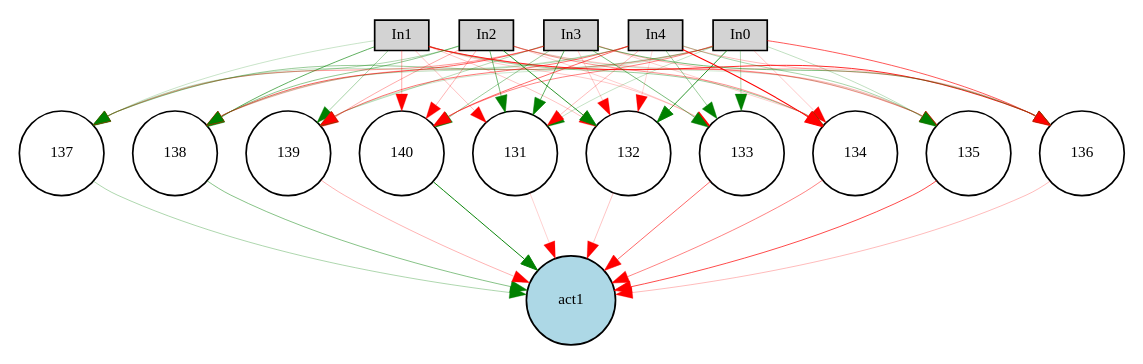
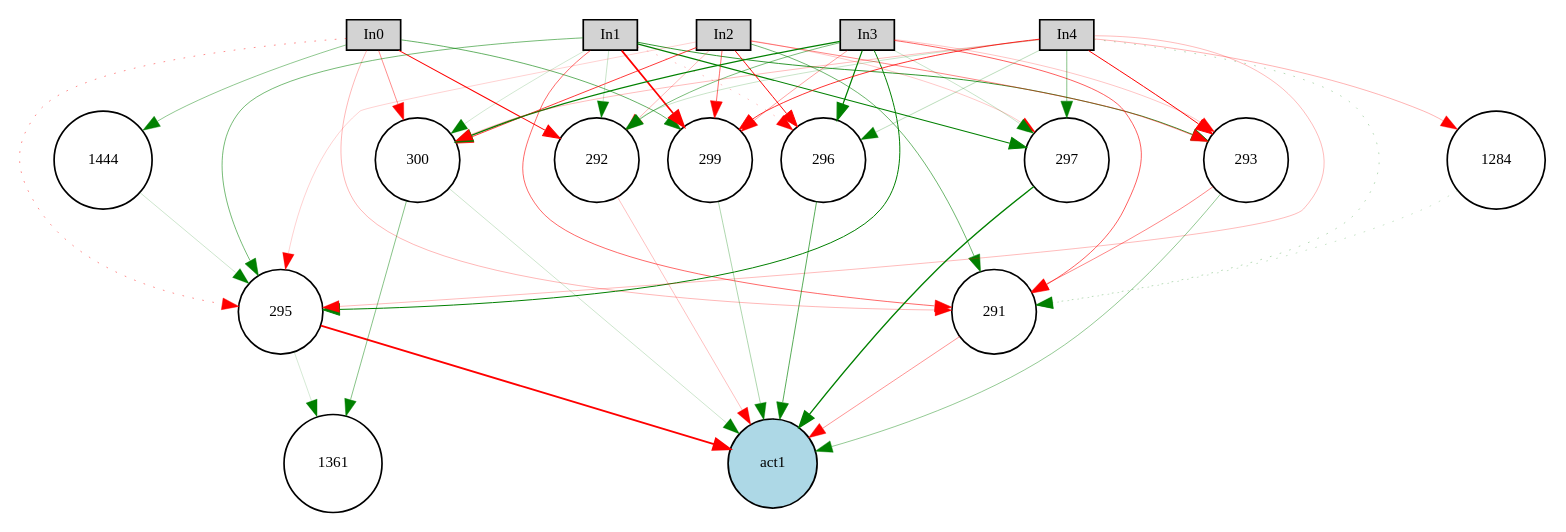
Before and after one commit to Siirui/CarRacing_Neat: the diagram in Digraph.gv, drawn with Graphviz. The commit also changed 25 other files, not shown here.

```diff
--- a/Digraph.gv
+++ b/Digraph.gv
@@ -1,79 +1,71 @@
 digraph {
 	node [fontsize=9 height=0.2 shape=circle width=0.2]
 	In0 [fillcolor=lightgray shape=box style=filled]
 	In1 [fillcolor=lightgray shape=box style=filled]
 	In2 [fillcolor=lightgray shape=box style=filled]
 	In3 [fillcolor=lightgray shape=box style=filled]
 	In4 [fillcolor=lightgray shape=box style=filled]
 	act1 [fillcolor=lightblue style=filled]
-	131 [fillcolor=white style=filled]
-	132 [fillcolor=white style=filled]
-	133 [fillcolor=white style=filled]
-	134 [fillcolor=white style=filled]
-	135 [fillcolor=white style=filled]
-	136 [fillcolor=white style=filled]
-	137 [fillcolor=white style=filled]
-	138 [fillcolor=white style=filled]
-	139 [fillcolor=white style=filled]
-	140 [fillcolor=white style=filled]
-	In0 -> 131 [color=green penwidth=0.1444978860667961 style=solid]
-	In0 -> 132 [color=green penwidth=0.4939693876892304 style=solid]
-	In0 -> 133 [color=green penwidth=0.18221694138566707 style=solid]
-	In0 -> 134 [color=red penwidth=0.13186798728047422 style=solid]
-	In0 -> 135 [color=green penwidth=0.15154318439707004 style=solid]
-	In0 -> 136 [color=red penwidth=0.39132543778761864 style=solid]
-	In0 -> 137 [color=green penwidth=0.23966154932985026 style=solid]
-	In0 -> 138 [color=red penwidth=0.16537651120008573 style=solid]
-	In0 -> 139 [color=green penwidth=0.119640170223202 style=solid]
-	In0 -> 140 [color=red penwidth=0.2934968315034868 style=solid]
-	In1 -> 131 [color=red penwidth=0.15302318718833385 style=solid]
-	In1 -> 132 [color=red penwidth=0.13912048548907277 style=solid]
-	In1 -> 133 [color=red penwidth=0.12593912155703724 style=solid]
-	In1 -> 134 [color=green penwidth=0.23122629333664735 style=solid]
-	In1 -> 135 [color=red penwidth=0.2588368239290717 style=solid]
-	In1 -> 136 [color=red penwidth=0.49353324551253475 style=solid]
-	In1 -> 137 [color=green penwidth=0.12665166825441063 style=solid]
-	In1 -> 138 [color=green penwidth=0.3655547521919814 style=solid]
-	In1 -> 139 [color=green penwidth=0.21204210156954628 style=solid]
-	In1 -> 140 [color=red penwidth=0.20075520234227898 style=solid]
-	In2 -> 131 [color=green penwidth=0.3232555520573489 style=solid]
-	In2 -> 132 [color=green penwidth=0.49055037178353855 style=solid]
-	In2 -> 133 [color=red penwidth=0.11662353546515827 style=solid]
-	In2 -> 134 [color=red penwidth=0.26312563027054503 style=solid]
-	In2 -> 135 [color=green penwidth=0.11414647711417013 style=solid]
-	In2 -> 136 [color=red penwidth=0.14300567665335467 style=solid]
-	In2 -> 137 [color=green penwidth=0.1879291310378302 style=solid]
-	In2 -> 138 [color=green penwidth=0.2580196330430722 style=solid]
-	In2 -> 139 [color=red penwidth=0.19626371436469664 style=solid]
-	In2 -> 140 [color=red penwidth=0.18083147778711448 style=solid]
-	In3 -> 131 [color=green penwidth=0.3702013895918157 style=solid]
-	In3 -> 132 [color=red penwidth=0.13338966558914525 style=solid]
-	In3 -> 133 [color=green penwidth=0.3065021821392706 style=solid]
-	In3 -> 134 [color=red penwidth=0.11764663640927078 style=solid]
-	In3 -> 135 [color=red penwidth=0.17743262433915025 style=solid]
-	In3 -> 136 [color=green penwidth=0.31453696378816437 style=solid]
-	In3 -> 137 [color=red penwidth=0.2425771295419047 style=solid]
-	In3 -> 138 [color=red penwidth=0.3683458703949226 style=solid]
-	In3 -> 139 [color=green penwidth=0.16684383461926516 style=solid]
-	In3 -> 140 [color=green penwidth=0.2274288269311487 style=solid]
-	In4 -> 131 [color=red penwidth=0.15996877859488373 style=solid]
-	In4 -> 132 [color=red penwidth=0.10371714785261549 style=solid]
-	In4 -> 133 [color=green penwidth=0.2287091938274962 style=solid]
-	In4 -> 134 [color=red penwidth=0.6344757038336667 style=solid]
-	In4 -> 135 [color=green penwidth=0.20095670769414023 style=solid]
-	In4 -> 136 [color=red penwidth=0.15879199053388587 style=solid]
-	In4 -> 137 [color=green penwidth=0.14393559553318874 style=solid]
-	In4 -> 138 [color=green penwidth=0.1640204797431748 style=solid]
-	In4 -> 139 [color=red penwidth=0.31562920744906703 style=solid]
-	In4 -> 140 [color=red penwidth=0.34503636089058315 style=solid]
-	131 -> act1 [color=red penwidth=0.10958769023166404 style=solid]
-	132 -> act1 [color=red penwidth=0.13836229510414744 style=solid]
-	133 -> act1 [color=red penwidth=0.35210833530309493 style=solid]
-	134 -> act1 [color=red penwidth=0.2890402014163593 style=solid]
-	135 -> act1 [color=red penwidth=0.422542097193342 style=solid]
-	136 -> act1 [color=red penwidth=0.15524731543131734 style=solid]
-	137 -> act1 [color=green penwidth=0.1948324126353672 style=solid]
-	138 -> act1 [color=green penwidth=0.28249121495078794 style=solid]
-	139 -> act1 [color=red penwidth=0.17854082752995978 style=solid]
-	140 -> act1 [color=green penwidth=0.5739525671164368 style=solid]
+	291 [fillcolor=white style=filled]
+	292 [fillcolor=white style=filled]
+	293 [fillcolor=white style=filled]
+	1444 [fillcolor=white style=filled]
+	295 [fillcolor=white style=filled]
+	296 [fillcolor=white style=filled]
+	297 [fillcolor=white style=filled]
+	1284 [fillcolor=white style=filled]
+	299 [fillcolor=white style=filled]
+	300 [fillcolor=white style=filled]
+	In0 -> 291 [color=red penwidth=0.16766363084640418 style=solid]
+	In0 -> 292 [color=red penwidth=0.6004359589936346 style=solid]
+	In0 -> 295 [color=red penwidth=0.27165066515131275 style=dotted]
+	In0 -> 299 [color=green penwidth=0.35931231589681767 style=solid]
+	In0 -> 300 [color=red penwidth=0.27166614534253 style=solid]
+	In1 -> 291 [color=red penwidth=0.35406075817229465 style=solid]
+	In1 -> 292 [color=green penwidth=0.12905566236369398 style=solid]
+	In1 -> 293 [color=green penwidth=0.47664907970042414 style=solid]
+	In1 -> 295 [color=green penwidth=0.3171371340841126 style=solid]
+	In1 -> 296 [color=red penwidth=0.15298755411491094 style=dotted]
+	In1 -> 297 [color=green penwidth=0.654419613660575 style=solid]
+	In1 -> 299 [color=red penwidth=1.0108418380839275 style=solid]
+	In1 -> 300 [color=green penwidth=0.11153938928500179 style=solid]
+	In2 -> 291 [color=green penwidth=0.33719935549747804 style=solid]
+	In2 -> 292 [color=red penwidth=0.16742995420822632 style=solid]
+	In2 -> 293 [color=red penwidth=0.2817993827688928 style=solid]
+	In2 -> 295 [color=red penwidth=0.1110682219092853 style=solid]
+	In2 -> 296 [color=red penwidth=0.5747495250169294 style=solid]
+	In2 -> 297 [color=red penwidth=0.1346555307300426 style=solid]
+	In2 -> 299 [color=red penwidth=0.34816016654280857 style=solid]
+	In2 -> 300 [color=red penwidth=0.46300722102418734 style=solid]
+	In3 -> 291 [color=red penwidth=0.3726258857121587 style=solid]
+	In3 -> 292 [color=green penwidth=0.3055566739374583 style=solid]
+	In3 -> 293 [color=red penwidth=0.1353937129305783 style=solid]
+	In3 -> 295 [color=green penwidth=0.5923069854151729 style=solid]
+	In3 -> 296 [color=green penwidth=0.7340217281783447 style=solid]
+	In3 -> 297 [color=green penwidth=0.1252913834047836 style=solid]
+	In3 -> 299 [color=red penwidth=0.21832274176348848 style=solid]
+	In3 -> 300 [color=green penwidth=0.7718714507220553 style=solid]
+	In4 -> 291 [color=green penwidth=0.17011203689351612 style=dotted]
+	In4 -> 292 [color=green penwidth=0.12853339650209672 style=solid]
+	In4 -> 293 [color=red penwidth=0.5909237540613851 style=solid]
+	In4 -> 295 [color=red penwidth=0.16490421999406574 style=solid]
+	In4 -> 296 [color=green penwidth=0.15957840876609103 style=solid]
+	In4 -> 297 [color=green penwidth=0.28305717902393934 style=solid]
+	In4 -> 299 [color=red penwidth=0.48035146853401955 style=solid]
+	In4 -> 300 [color=red penwidth=0.15817280158910196 style=solid]
+	291 -> act1 [color=red penwidth=0.24890598567095695 style=solid]
+	292 -> act1 [color=red penwidth=0.15095509049947609 style=solid]
+	293 -> act1 [color=green penwidth=0.2453116596608446 style=solid]
+	295 -> act1 [color=red penwidth=1.091149682598983 style=solid]
+	296 -> act1 [color=green penwidth=0.38935085189588237 style=solid]
+	297 -> act1 [color=green penwidth=0.7867927540385369 style=solid]
+	299 -> act1 [color=green penwidth=0.1855554864251326 style=solid]
+	300 -> act1 [color=green penwidth=0.11808376000549865 style=solid]
+	293 -> 291 [color=red penwidth=0.28015773423949397 style=solid]
+	In4 -> 1284 [color=red penwidth=0.17609121249463203 style=solid]
+	1284 -> 291 [color=green penwidth=0.1327403313323487 style=dotted]
+	300 -> 1361 [color=green penwidth=0.2825007317514977 style=solid]
+	295 -> 1361 [color=green penwidth=0.10011842367564792 style=solid]
+	In0 -> 1444 [color=green penwidth=0.2644565202605118 style=solid]
+	1444 -> 295 [color=green penwidth=0.11532954482012295 style=solid]
 }
```
